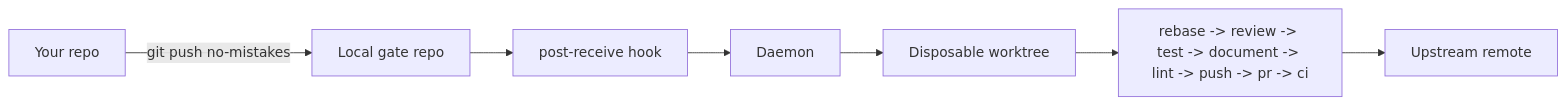
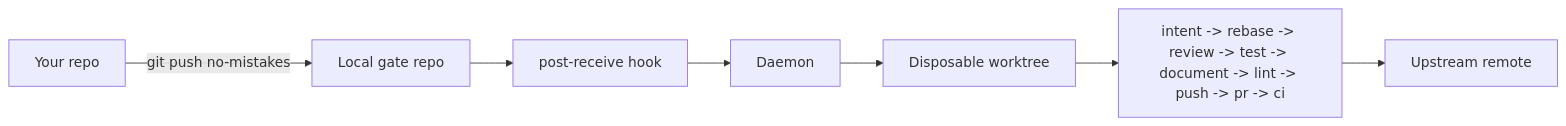
One commit to kunchenguid/no-mistakes changed the diagram in docs/src/content/docs/start-here/introduction.md. Above: the diagram before and after it, drawn with Mermaid. The commit also changed other lines of this file and 7 other files, not shown here.

Commit message:
no-mistakes(document): Document intent pipeline step

````diff
--- a/docs/src/content/docs/start-here/introduction.md
+++ b/docs/src/content/docs/start-here/introduction.md
@@ -46,9 +46,9 @@
 ```mermaid
 flowchart LR
   repo["Your repo"] -->|"git push no-mistakes"| gate["Local gate repo"]
   gate --> hook["post-receive hook"]
   hook --> daemon["Daemon"]
   daemon --> worktree["Disposable worktree"]
-  worktree --> pipeline["rebase -> review -> test -> document -> lint -> push -> pr -> ci"]
+  worktree --> pipeline["intent -> rebase -> review -> test -> document -> lint -> push -> pr -> ci"]
   pipeline --> upstream["Upstream remote"]
 ```
````
